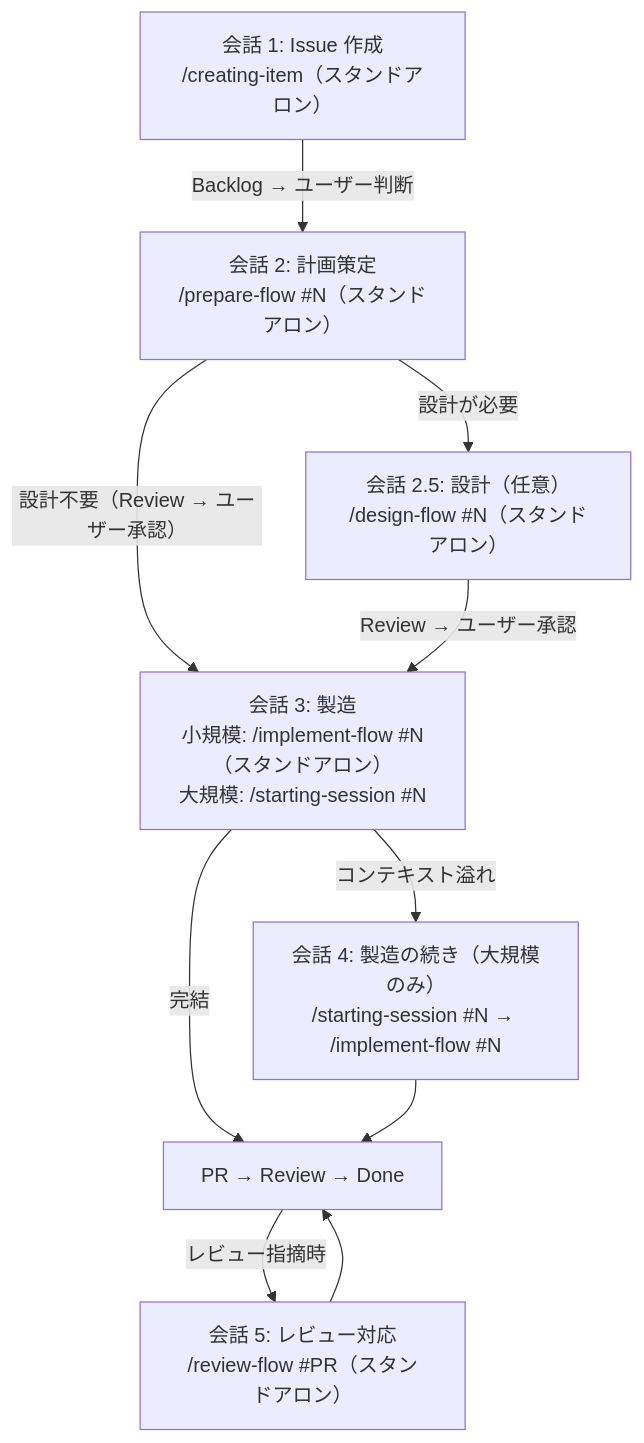
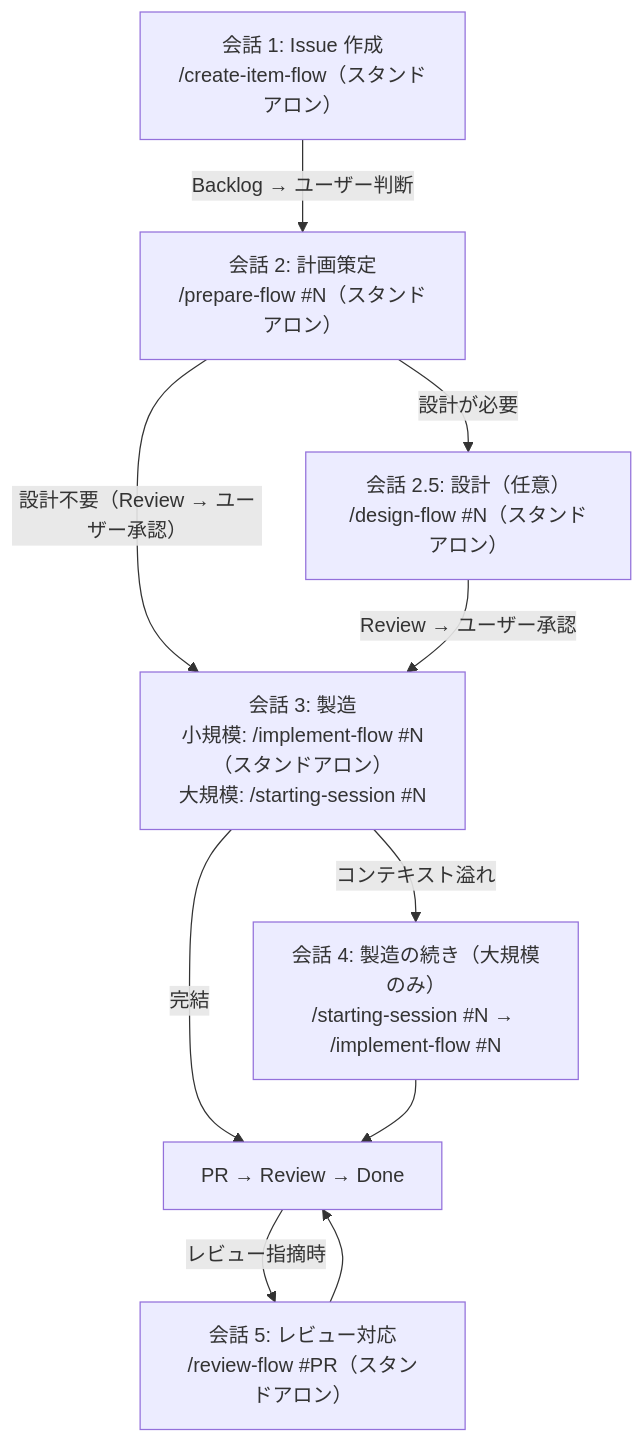
The first of 2 diagrams in shirokuma-skills-ja/skills/implement-flow/reference/workflow-details.md (ShirokumaLibrary/shirokuma-plugins), drawn with Mermaid before and after one commit. The commit also changed other lines of this file and 34 other files, not shown here.

````diff
--- a/shirokuma-skills-ja/skills/implement-flow/reference/workflow-details.md
+++ b/shirokuma-skills-ja/skills/implement-flow/reference/workflow-details.md
@@ -9,18 +9,18 @@
 ```mermaid
 graph TD
-    C1["会話 1: Issue 作成<br/>/creating-item（スタンドアロン）"]
+    C1["会話 1: Issue 作成<br/>/create-item-flow（スタンドアロン）"]
     C2["会話 2: 計画策定<br/>/prepare-flow #N（スタンドアロン）"]
     C2D["会話 2.5: 設計（任意）<br/>/design-flow #N（スタンドアロン）"]
     C3["会話 3: 製造<br/>小規模: /implement-flow #N（スタンドアロン）<br/>大規模: /starting-session #N"]
     C4["会話 4: 製造の続き（大規模のみ）<br/>/starting-session #N → /implement-flow #N"]
 
     C1 -->|"Backlog → ユーザー判断"| C2
     C2 -->|"設計が必要"| C2D
     C2 -->|"設計不要（Review → ユーザー承認）"| C3
     C2D -->|"Review → ユーザー承認"| C3
     C3 -->|"コンテキスト溢れ"| C4
     C3 -->|"完結"| Done["PR → Review → Done"]
     C4 --> Done
     Done -->|"レビュー指摘時"| C5["会話 5: レビュー対応<br/>/review-flow #PR（スタンドアロン）"]
     C5 --> Done
 ```
````
